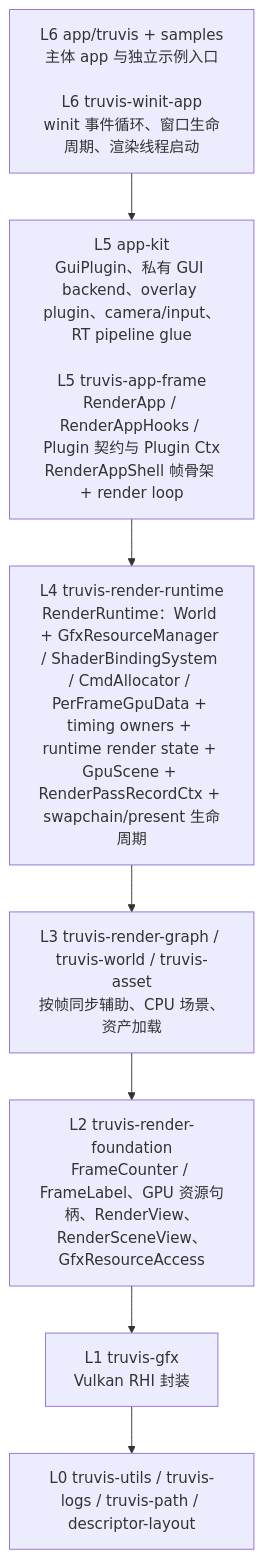
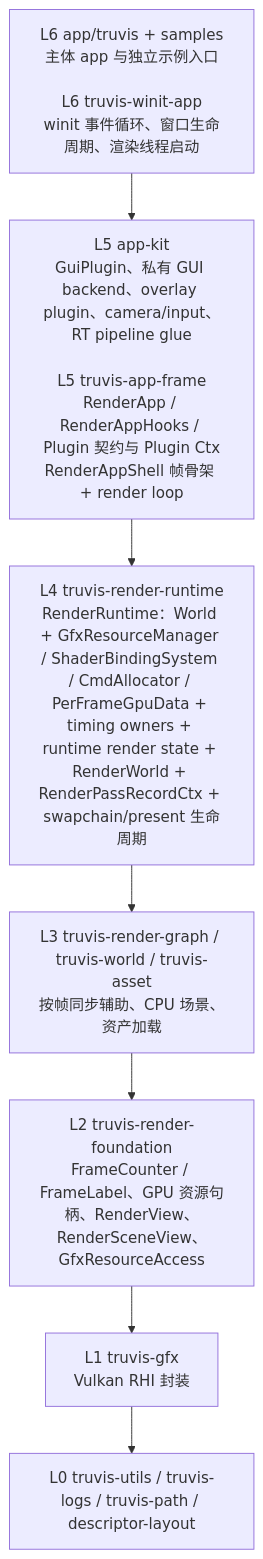
Before and after one commit to acccoco/TruvisRenderer: the first of 2 diagrams in docs/summaries/layering-and-dependency-boundaries.md, drawn with Mermaid. The commit also changed 67 other files, not shown here.

First line of the commit message:
重构场景资产同步与 RenderWorld 架构

````diff
--- a/docs/summaries/layering-and-dependency-boundaries.md
+++ b/docs/summaries/layering-and-dependency-boundaries.md
@@ -9,11 +9,11 @@
 ```mermaid
 flowchart TB
     L6["L6 app/truvis + samples<br/>主体 app 与独立示例入口<br/><br/>L6 truvis-winit-app<br/>winit 事件循环、窗口生命周期、渲染线程启动"]
     L5["L5 app-kit<br/>GuiPlugin、私有 GUI backend、overlay plugin、camera/input、RT pipeline glue<br/><br/>L5 truvis-app-frame<br/>RenderApp / RenderAppHooks / Plugin 契约与 Plugin Ctx<br/>RenderAppShell 帧骨架 + render loop"]
-    L4["L4 truvis-render-runtime<br/>RenderRuntime：World + GfxResourceManager / ShaderBindingSystem / CmdAllocator / PerFrameGpuData + timing owners + runtime render state + GpuScene + RenderPassRecordCtx + swapchain/present 生命周期"]
+    L4["L4 truvis-render-runtime<br/>RenderRuntime：World + GfxResourceManager / ShaderBindingSystem / CmdAllocator / PerFrameGpuData + timing owners + runtime render state + RenderWorld + RenderPassRecordCtx + swapchain/present 生命周期"]
     L3["L3 truvis-render-graph / truvis-world / truvis-asset<br/>按帧同步辅助、CPU 场景、资产加载"]
     L2["L2 truvis-render-foundation<br/>FrameCounter / FrameLabel、GPU 资源句柄、RenderView、RenderSceneView、GfxResourceAccess"]
     L1["L1 truvis-gfx<br/>Vulkan RHI 封装"]
     L0["L0 truvis-utils / truvis-logs / truvis-path / descriptor-layout"]
     L6 --> L5 --> L4 --> L3 --> L2 --> L1 --> L0
 ```
````
